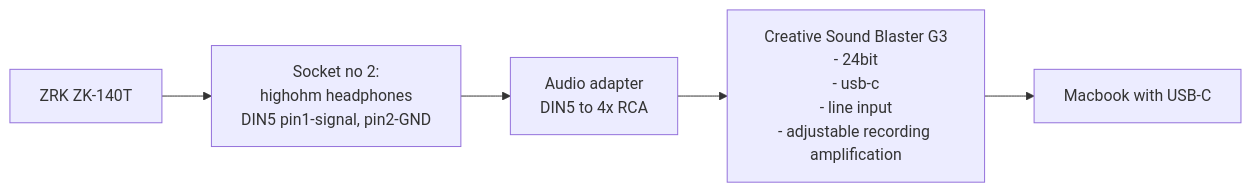
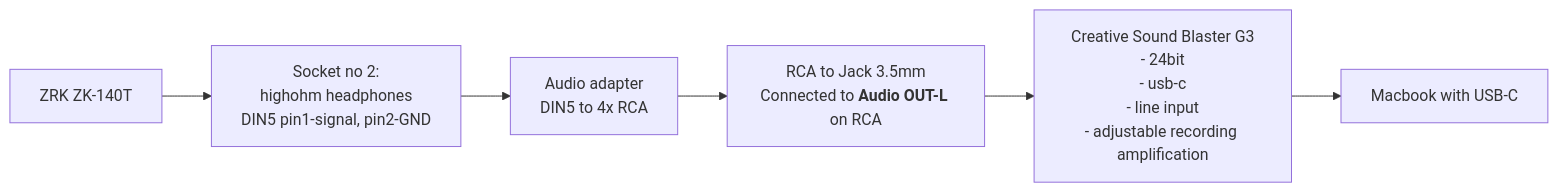
One commit to Jblew/reel-recordings-digitalisation changed the diagram in README.md. Above: the diagram before and after it, drawn with Mermaid. The commit also changed other lines of this file, not shown here.

````diff
--- a/README.md
+++ b/README.md
@@ -52,10 +67,11 @@
-```mermaid
-graph LR
-ZK140T --> Connector2 --> DIN5RCA --> CreativeDAC --> Macbook
-
-ZK140T["ZRK ZK-140T"]
-Connector2["Socket no 2:<br />highohm headphones<br />DIN5 pin1-signal, pin2-GND"]
-DIN5RCA["Audio adapter<br />DIN5 to 4x RCA"]
-CreativeDAC["Creative Sound Blaster G3<br />- 24bit<br />- usb-c<br />- line input<br />- adjustable recording amplification"]
-Macbook["Macbook with USB-C"]
-```
+   ```mermaid
+    graph LR
+    ZK140T --> Connector2 --> DIN5RCA --> Jack35Adapter --> CreativeDAC --> Macbook
+   
+    ZK140T["ZRK ZK-140T"]
+    Connector2["Socket no 2:<br />highohm headphones<br />DIN5 pin1-signal, pin2-GND"]
+    DIN5RCA["Audio adapter<br />DIN5 to 4x RCA"]
+    Jack35Adapter["RCA to Jack 3.5mm<br />Connected to <b>Audio OUT-L</b> on RCA"]
+    CreativeDAC["Creative Sound Blaster G3<br />- 24bit<br />- usb-c<br />- line input<br />- adjustable recording amplification"]
+    Macbook["Macbook with USB-C"]
+   ```
````
